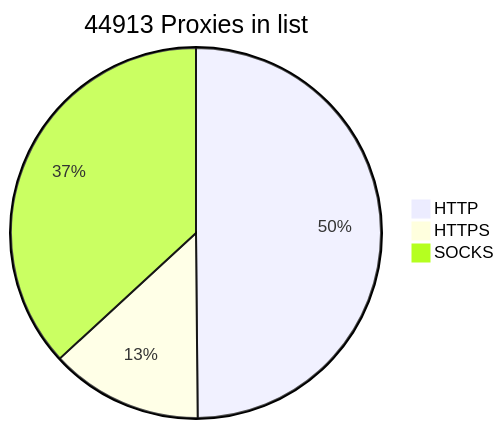
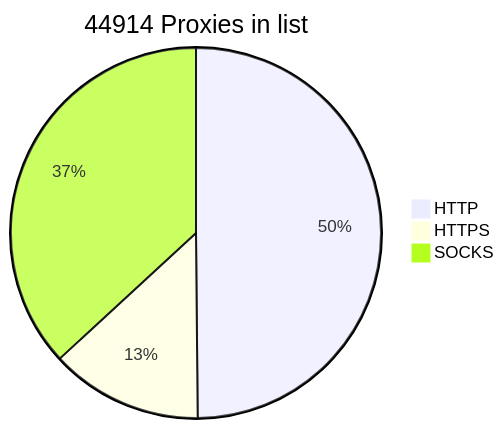
The diagram in README.md (BlackSnowDot/proxylist-update-every-minute), drawn with Mermaid before and after one commit.

````diff
--- a/README.md
+++ b/README.md
@@ -2,6 +2,6 @@
 ```mermaid
-pie title 44913 Proxies in list
+pie title 44914 Proxies in list
     "HTTP" : 24976
     "HTTPS": 6661
-    "SOCKS" : 18462
+    "SOCKS" : 18463
 ```
````
